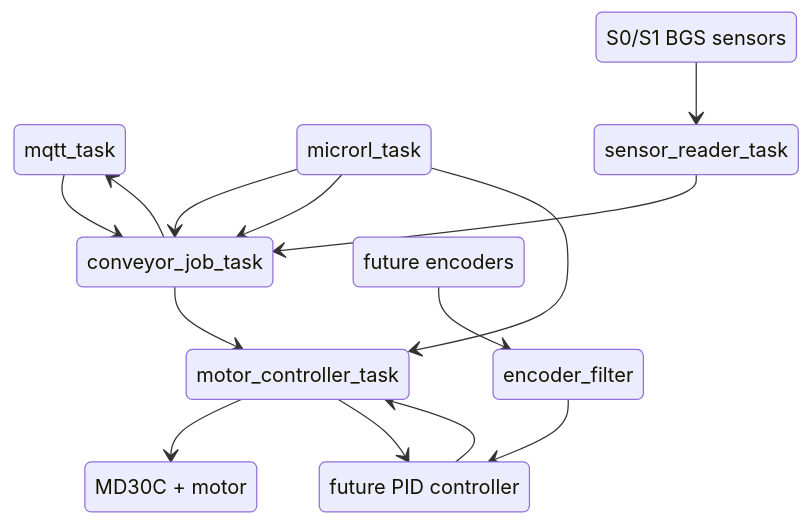
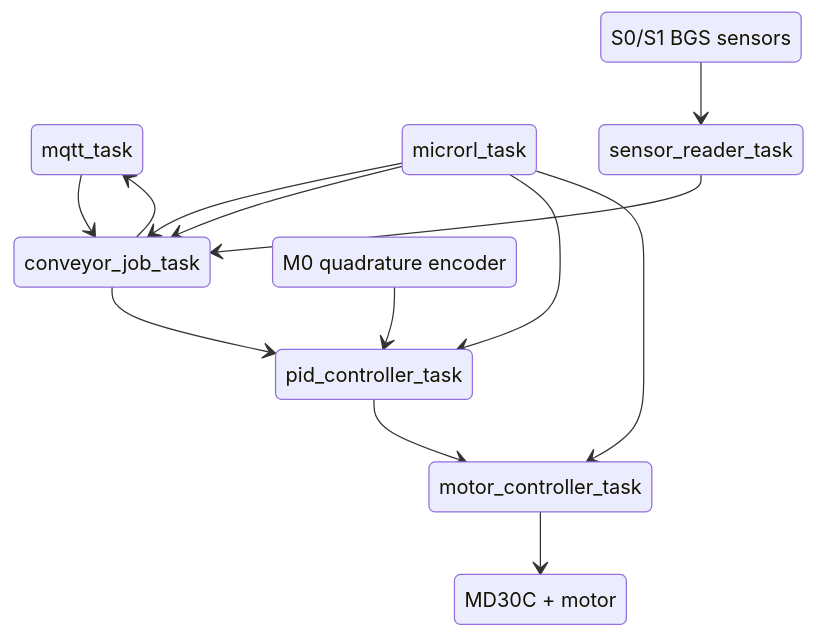
One commit to anbu-05/conveyor_control_firmware changed the diagram in docs/architecture.mmd. Above: the diagram before and after it, drawn with Mermaid. The commit also changed 17 other files, not shown here.

```diff
--- a/docs/architecture.mmd
+++ b/docs/architecture.mmd
@@ -1,25 +1,23 @@
 stateDiagram
     mqtt: mqtt_task
     microrl: microrl_task
     sensor_controller: sensor_reader_task
     statemachine: conveyor_job_task
     motor_controller: motor_controller_task
-    PID_controller: future PID controller
-    encoders: future encoders
+    PID_controller: pid_controller_task
+    encoders: M0 quadrature encoder
     sensors: S0/S1 BGS sensors
     motors: MD30C + motor
 
     mqtt --> statemachine
     statemachine --> mqtt
     microrl --> statemachine
     microrl --> statemachine
+    microrl --> PID_controller
     microrl --> motor_controller
-    statemachine --> motor_controller
+    statemachine --> PID_controller
     motor_controller --> motors
     sensor_controller --> statemachine
     sensors --> sensor_controller
-    encoder_filter: encoder_filter
-    encoders --> encoder_filter
-    encoder_filter --> PID_controller
+    encoders --> PID_controller
     PID_controller --> motor_controller
-    motor_controller --> PID_controller
```
